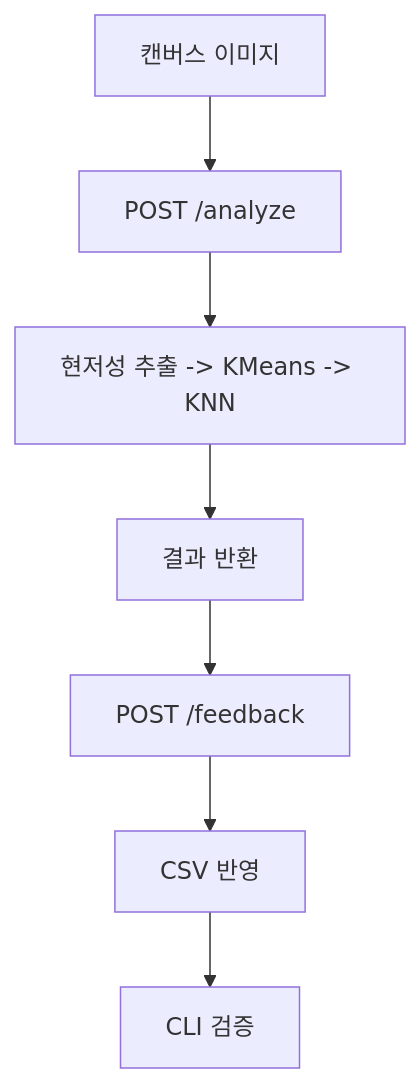
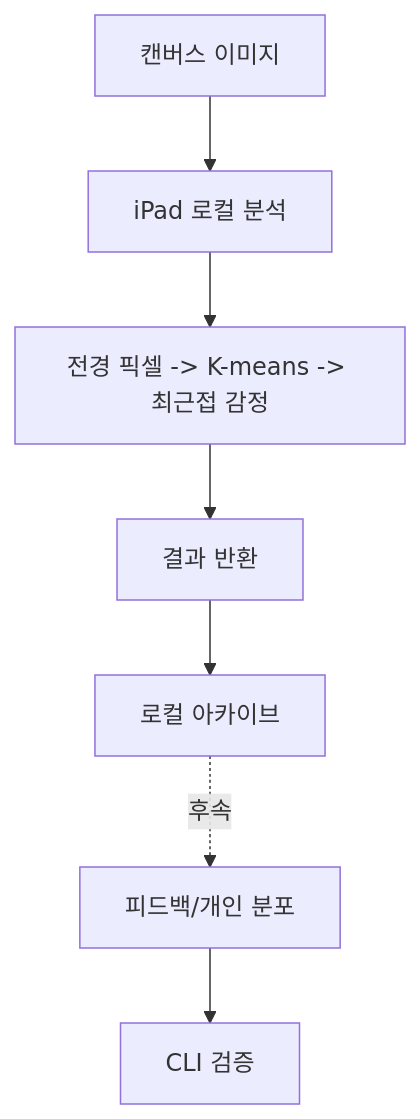
One commit to acertainromance401/SentiVision changed the second of 2 diagrams in Project_Descriptions/Wireframe_SentiVision.md. Above: the diagram before and after it, drawn with Mermaid. The commit also changed other lines of this file and 20 other files, not shown here.

````diff
--- a/Project_Descriptions/Wireframe_SentiVision.md
+++ b/Project_Descriptions/Wireframe_SentiVision.md
@@ -184,9 +197,9 @@
 ```mermaid
 flowchart TB
-  U[캔버스 이미지] --> A[POST /analyze]
-  A --> P[현저성 추출 -> KMeans -> KNN]
+  U[캔버스 이미지] --> A[iPad 로컬 분석]
+  A --> P[전경 픽셀 -> K-means -> 최근접 감정]
   P --> R[결과 반환]
-  R --> F[POST /feedback]
-  F --> D[CSV 반영]
+  R --> F[로컬 아카이브]
+  F -. 후속 .-> D[피드백/개인 분포]
   D --> C[CLI 검증]
 ```
````
